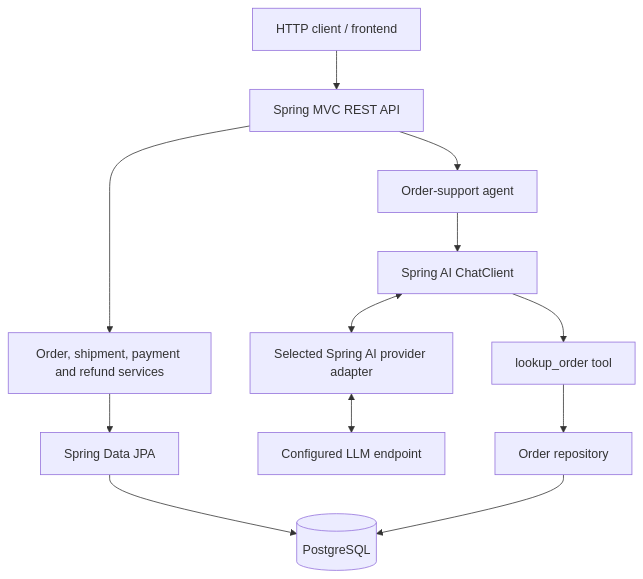
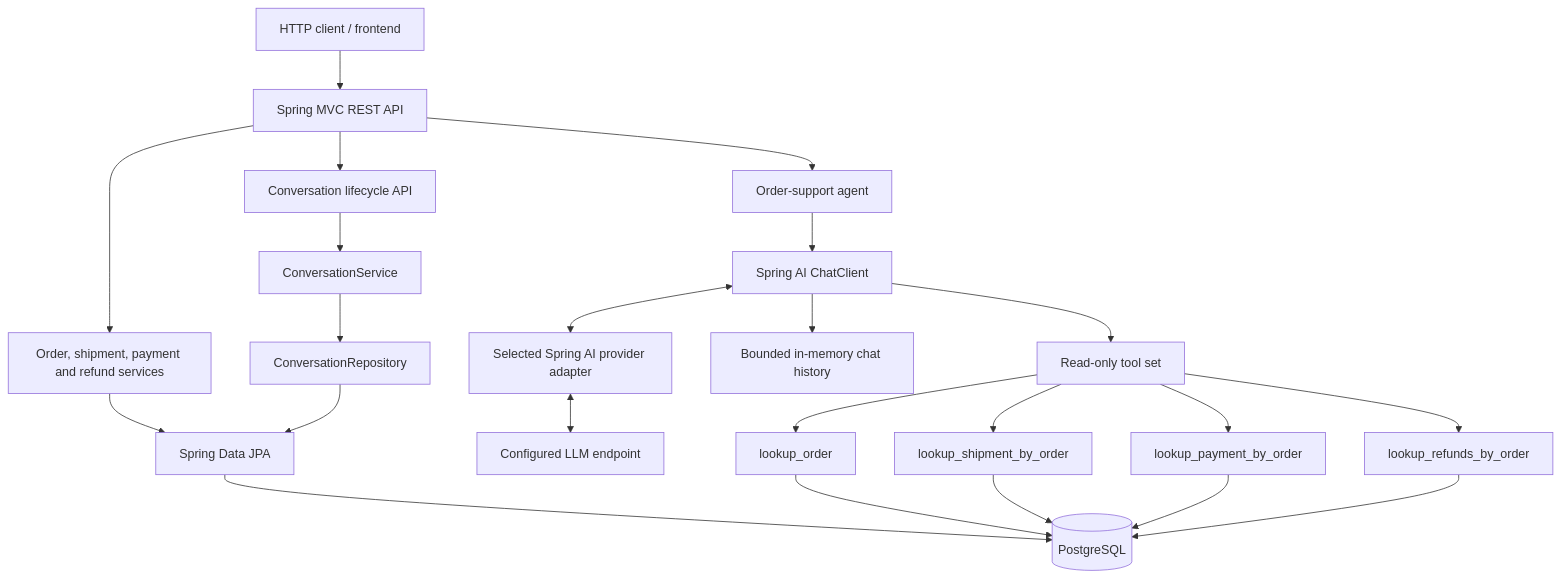
The diagram in README.md (sbaychev/knowledge-agent), drawn with Mermaid before and after one commit. The commit also changed other lines of this file and 18 other files, not shown here.

First line of the commit message:
feat(agent): add conversation lifecycle and chat memory

````diff
--- a/README.md
+++ b/README.md
@@ -44,15 +51,30 @@
 ```mermaid
 flowchart TD
     Client[HTTP client / frontend] --> API[Spring MVC REST API]
+
     API --> Domain[Order, shipment, payment and refund services]
     Domain --> JPA[Spring Data JPA]
     JPA --> DB[(PostgreSQL)]
 
+    API --> ConversationAPI[Conversation lifecycle API]
+    ConversationAPI --> ConversationService[ConversationService]
+    ConversationService --> ConversationRepo[ConversationRepository]
+    ConversationRepo --> JPA
+
     API --> Agent[Order-support agent]
-    Agent --> ClientAI[Spring AI ChatClient]
-    ClientAI <--> Adapter[Selected Spring AI provider adapter]
+    Agent --> ChatClient[Spring AI ChatClient]
+    ChatClient <--> Adapter[Selected Spring AI provider adapter]
     Adapter <--> LLM[Configured LLM endpoint]
-    ClientAI --> Tool[lookup_order tool]
-    Tool --> Repo[Order repository]
-    Repo --> DB
+    ChatClient --> Memory[Bounded in-memory chat history]
+    ChatClient --> Tools[Read-only tool set]
+
+    Tools --> OrderTool[lookup_order]
+    Tools --> ShipmentTool[lookup_shipment_by_order]
+    Tools --> PaymentTool[lookup_payment_by_order]
+    Tools --> RefundTool[lookup_refunds_by_order]
+
+    OrderTool --> DB
+    ShipmentTool --> DB
+    PaymentTool --> DB
+    RefundTool --> DB
 ```
````
